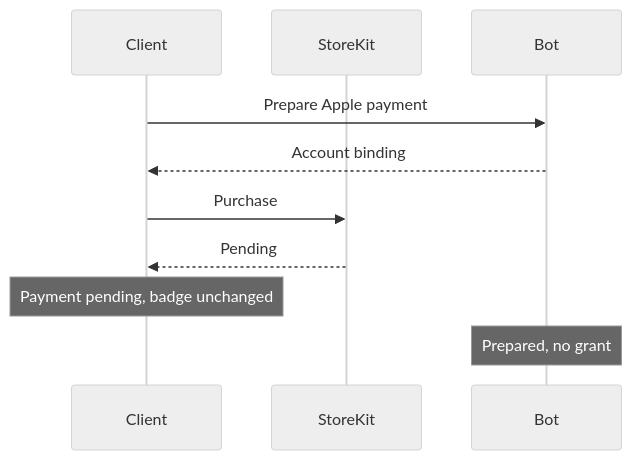
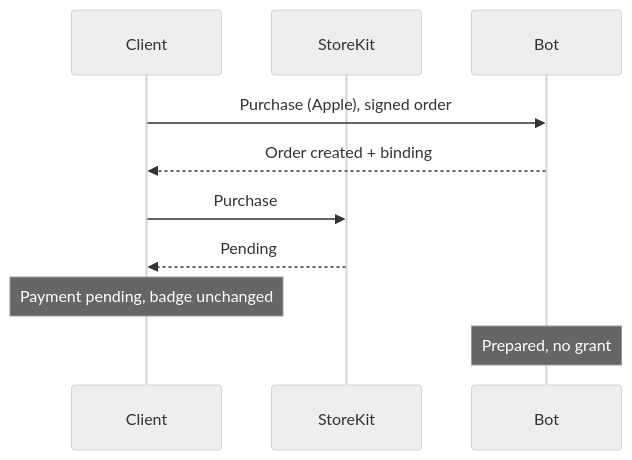
Before and after one commit to simplex-chat/simplex-chat: the second of 12 diagrams in plans/2026-07-20-supporter-badges-v2-product.md, drawn with Mermaid (neutral theme). The commit also changed other lines of this file and 3 other files, not shown here.

````diff
--- a/plans/2026-07-20-supporter-badges-v2-product.md
+++ b/plans/2026-07-20-supporter-badges-v2-product.md
@@ -120,12 +124,12 @@
 ```mermaid
 sequenceDiagram
   participant C as Client
   participant A as StoreKit
   participant B as Bot
-  C->>B: Prepare Apple payment
-  B-->>C: Account binding
+  C->>B: Purchase (Apple), signed order
+  B-->>C: Order created + binding
   C->>A: Purchase
   A-->>C: Pending
   Note over C: Payment pending, badge unchanged
   Note over B: Prepared, no grant
 ```
````
